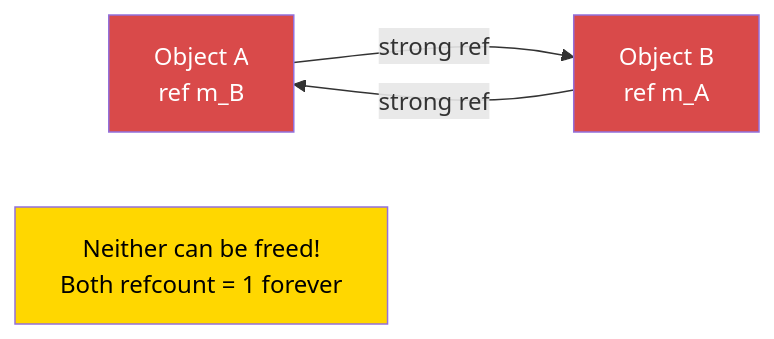
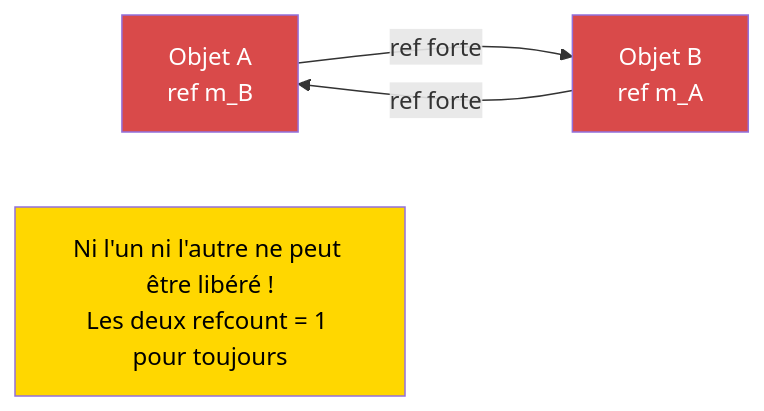
Before and after one commit to StarDZ-Team/DayZ-Modding-Wiki: the second of 2 diagrams in fr/01-enforce-script/08-memory-management.md, drawn with Mermaid. The commit also changed other lines of this file and 10 other files, not shown here.

````diff
--- a/fr/01-enforce-script/08-memory-management.md
+++ b/fr/01-enforce-script/08-memory-management.md
@@ -364,12 +364,12 @@
 ```mermaid
 graph LR
-    A[Object A<br/>ref m_B] -->|"strong ref"| B[Object B<br/>ref m_A]
-    B -->|"strong ref"| A
+    A[Objet A<br/>ref m_B] -->|"ref forte"| B[Objet B<br/>ref m_A]
+    B -->|"ref forte"| A
 
     style A fill:#D94A4A,color:#fff
     style B fill:#D94A4A,color:#fff
 
-    C["Neither can be freed!<br/>Both refcount = 1 forever"]
+    C["Ni l'un ni l'autre ne peut être libéré !<br/>Les deux refcount = 1 pour toujours"]
 
     style C fill:#FFD700,color:#000
 ```
````
